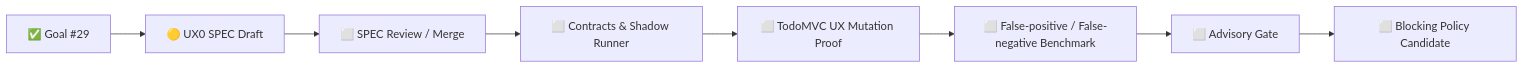
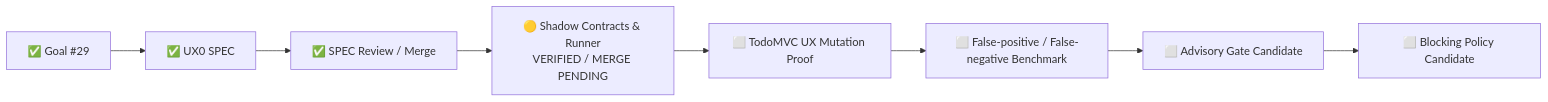
One commit to lsq1030757028/Pytest-playwright-e2e changed the diagram in docs/ux-assurance-status.md. Above: the diagram before and after it, drawn with Mermaid. The commit also changed other lines of this file and 21 other files, not shown here.

````diff
--- a/docs/ux-assurance-status.md
+++ b/docs/ux-assurance-status.md
@@ -29,11 +34,11 @@
 ```mermaid
 flowchart LR
     A[✅ Goal #29]
-    --> B[🟡 UX0 SPEC Draft]
-    --> C[⬜ SPEC Review / Merge]
-    --> D[⬜ Contracts & Shadow Runner]
+    --> B[✅ UX0 SPEC]
+    --> C[✅ SPEC Review / Merge]
+    --> D[🟡 Shadow Contracts & Runner<br/>VERIFIED / MERGE PENDING]
     --> E[⬜ TodoMVC UX Mutation Proof]
     --> F[⬜ False-positive / False-negative Benchmark]
-    --> G[⬜ Advisory Gate]
+    --> G[⬜ Advisory Gate Candidate]
     --> H[⬜ Blocking Policy Candidate]
 ```
````
